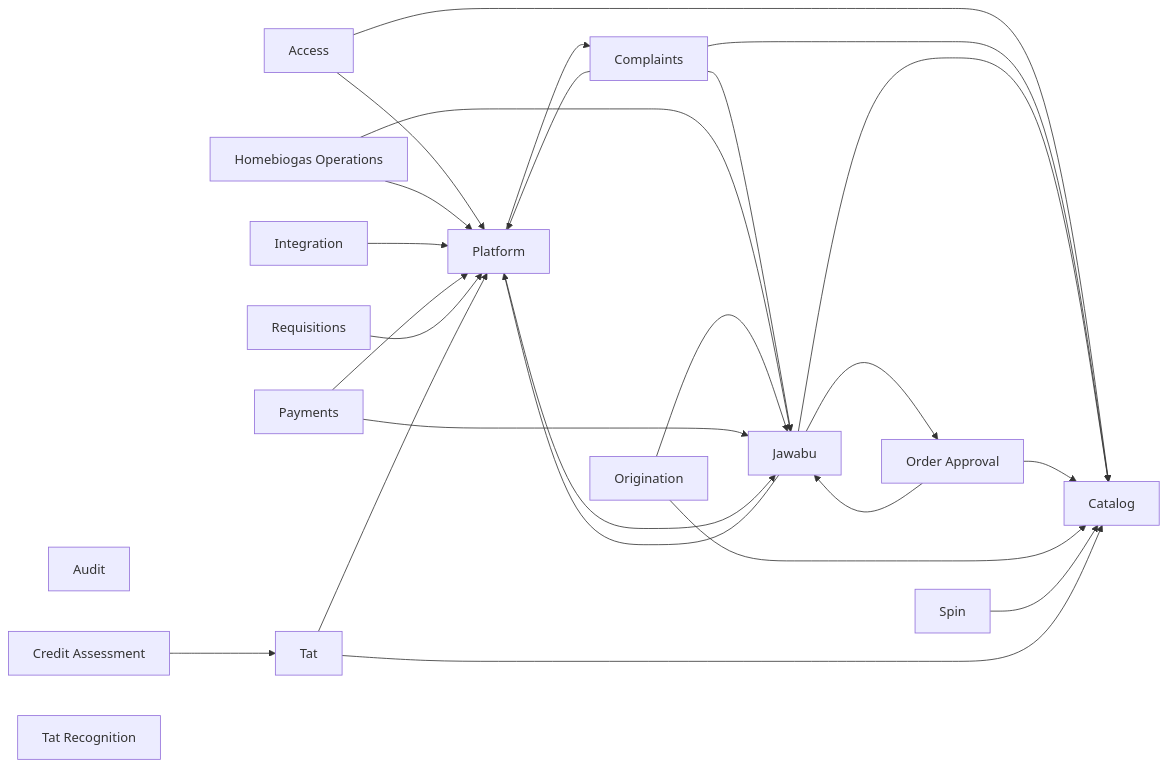
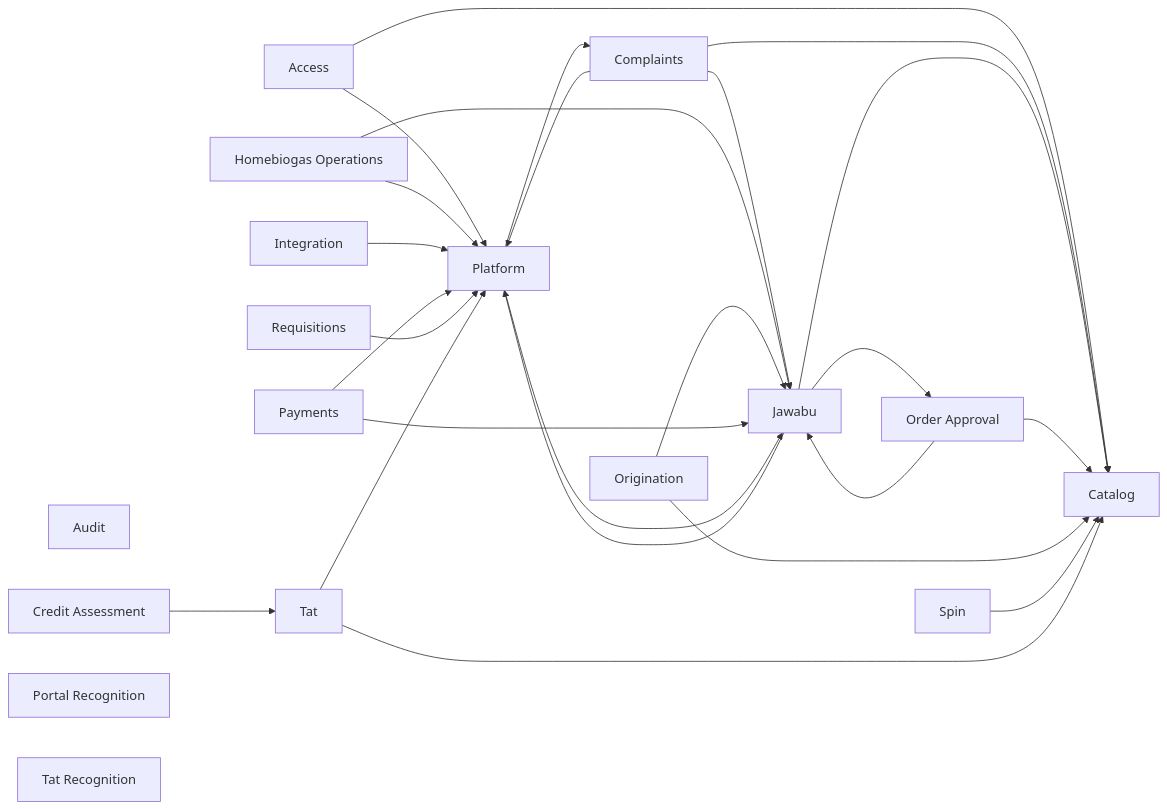
One commit to bedanavrvm/HB-Biogas-Telegram-Bot changed the diagram in docs/database/overview.mmd. Above: the diagram before and after it, drawn with Mermaid. The commit also changed 24 other files, not shown here.

```diff
--- a/docs/database/overview.mmd
+++ b/docs/database/overview.mmd
@@ -1,41 +1,42 @@
 flowchart LR
   access["Access"]
   audit["Audit"]
   catalog["Catalog"]
   complaints["Complaints"]
   credit_assessment["Credit Assessment"]
   homebiogas_operations["Homebiogas Operations"]
   integration["Integration"]
   jawabu["Jawabu"]
   order_approval["Order Approval"]
   origination["Origination"]
   payments["Payments"]
   platform["Platform"]
+  portal_recognition["Portal Recognition"]
   requisitions["Requisitions"]
   spin["Spin"]
   tat["Tat"]
   tat_recognition["Tat Recognition"]
   access --> catalog
   access --> platform
   complaints --> catalog
   complaints --> jawabu
   complaints --> platform
   credit_assessment --> tat
   homebiogas_operations --> jawabu
   homebiogas_operations --> platform
   integration --> platform
   jawabu --> catalog
   jawabu --> order_approval
   jawabu --> platform
   order_approval --> catalog
   order_approval --> jawabu
   origination --> catalog
   origination --> jawabu
   payments --> jawabu
   payments --> platform
   platform --> complaints
   platform --> jawabu
   requisitions --> platform
   spin --> catalog
   tat --> catalog
   tat --> platform
```
